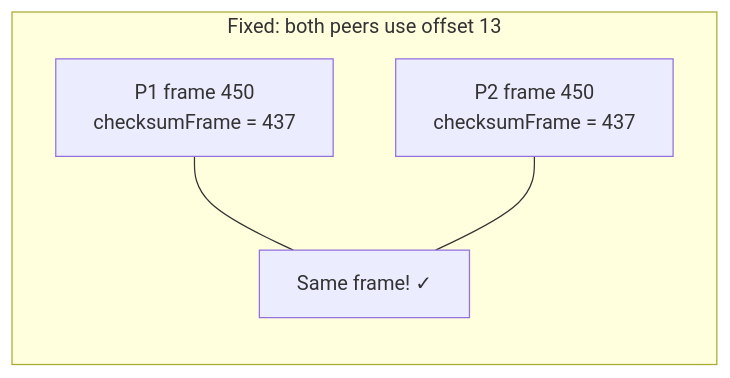
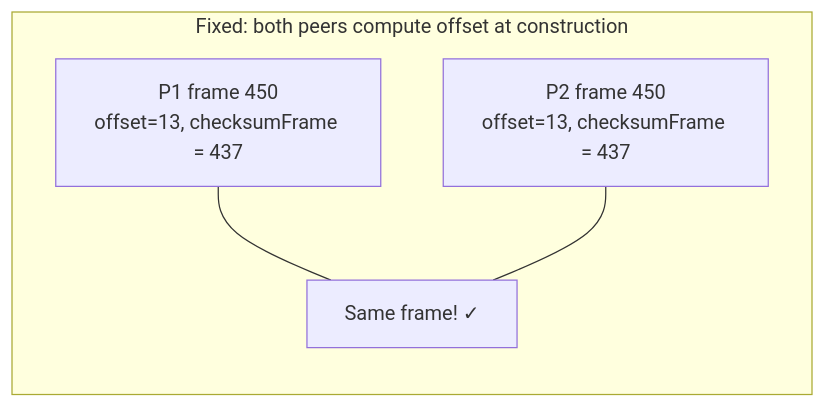
Before and after one commit to simon0191/a-los-traques: the fifth of 6 diagrams in docs/rfcs/0007-fix-desync-detection.md, drawn with Mermaid. The commit also changed other lines of this file and 1 other file, not shown here.

First line of the commit message:
fix: compute checksum offset at construction time for E2E compatibility

````diff
--- a/docs/rfcs/0007-fix-desync-detection.md
+++ b/docs/rfcs/0007-fix-desync-detection.md
@@ -243,9 +243,9 @@
 ```mermaid
 flowchart LR
-    subgraph "Fixed: both peers use offset 13"
-        P1["P1 frame 450<br/>checksumFrame = 437"]
-        P2["P2 frame 450<br/>checksumFrame = 437"]
+    subgraph "Fixed: both peers compute offset at construction"
+        P1["P1 frame 450<br/>offset=13, checksumFrame = 437"]
+        P2["P2 frame 450<br/>offset=13, checksumFrame = 437"]
         P1 --- SAME["Same frame! ✓"]
         P2 --- SAME
     end
 ```
````
